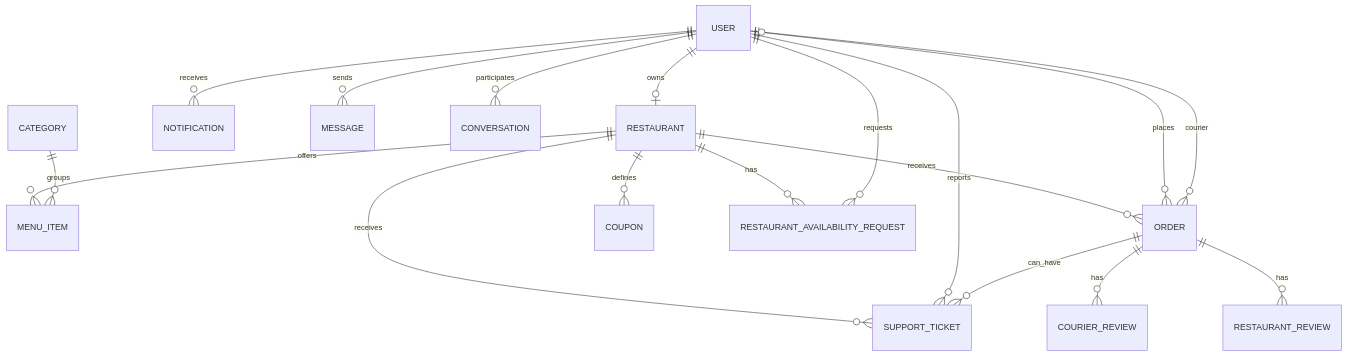
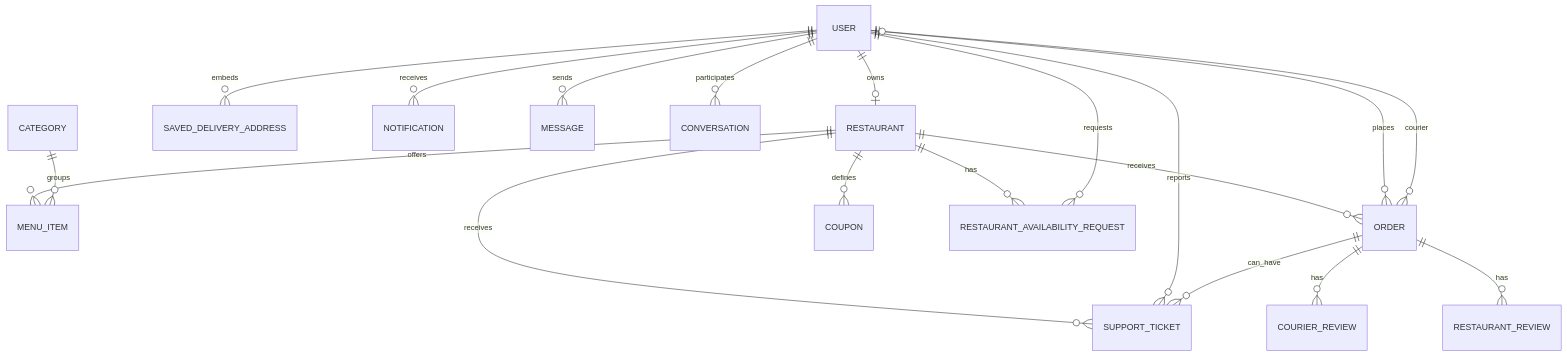
One commit to kimamovic21/food-ordering-app-nextjs-cwd-yt-2023 changed the third of 9 diagrams in ARCHITECTURE.md. Above: the diagram before and after it, drawn with Mermaid. The commit also changed other lines of this file and 52 other files, not shown here.

````diff
--- a/ARCHITECTURE.md
+++ b/ARCHITECTURE.md
@@ -135,20 +135,21 @@
 ```mermaid
 erDiagram
   USER ||--o| RESTAURANT : owns
   RESTAURANT ||--o{ MENU_ITEM : offers
   RESTAURANT ||--o{ ORDER : receives
   RESTAURANT ||--o{ COUPON : defines
   RESTAURANT ||--o{ SUPPORT_TICKET : receives
   RESTAURANT ||--o{ RESTAURANT_AVAILABILITY_REQUEST : has
   USER ||--o{ ORDER : places
+  USER ||--o{ SAVED_DELIVERY_ADDRESS : embeds
   USER ||--o{ NOTIFICATION : receives
   USER ||--o{ RESTAURANT_AVAILABILITY_REQUEST : requests
   USER ||--o{ SUPPORT_TICKET : reports
   USER ||--o{ MESSAGE : sends
   USER ||--o{ CONVERSATION : participates
   ORDER ||--o{ RESTAURANT_REVIEW : has
   ORDER ||--o{ COURIER_REVIEW : has
   ORDER ||--o{ SUPPORT_TICKET : can_have
   ORDER }o--o| USER : courier
   CATEGORY ||--o{ MENU_ITEM : groups
 ```
````
